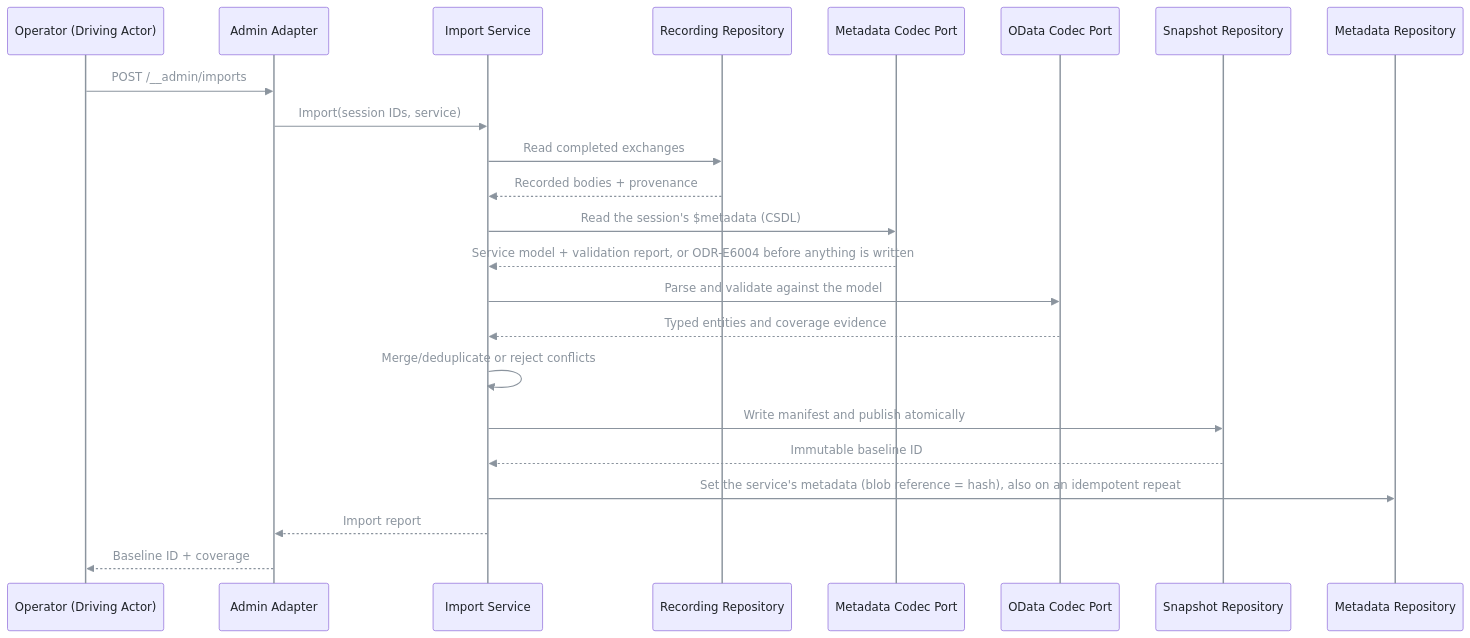
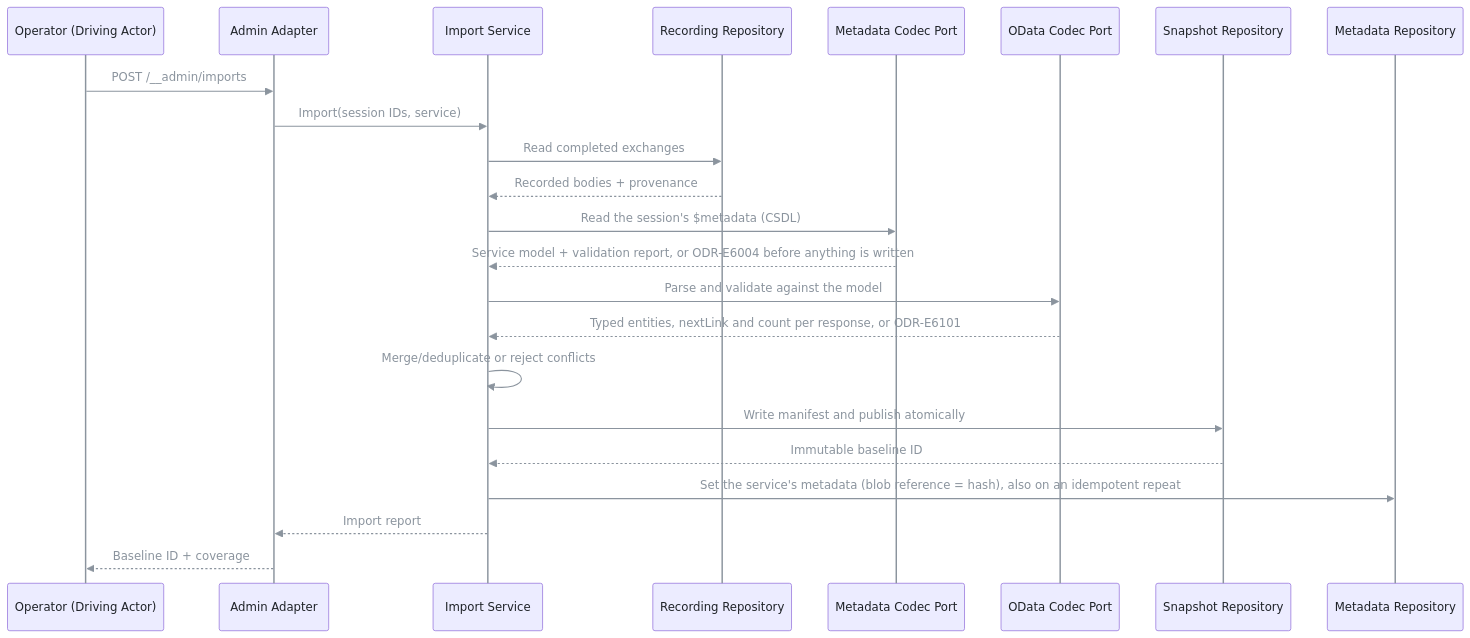
The third of 11 diagrams in spec/architecture.md (pt9912/odata-recorder), drawn with Mermaid before and after one commit. The commit also changed other lines of this file and 3 other files, not shown here.

````diff
--- a/spec/architecture.md
+++ b/spec/architecture.md
@@ -313,26 +313,26 @@
 ```mermaid
 %%{init: {'themeVariables': {'lineColor': '#8b949e', 'signalColor': '#8b949e', 'signalTextColor': '#8b949e', 'actorLineColor': '#8b949e', 'loopTextColor': '#8b949e', 'textColor': '#c9d1d9', 'primaryTextColor': '#1f2328', 'nodeTextColor': '#1f2328', 'actorTextColor': '#1f2328', 'noteTextColor': '#1f2328', 'edgeLabelBackground': '#30363d'}}}%%
 sequenceDiagram
     participant O as Operator (Driving Actor)
     participant A as Admin Adapter
     participant I as Import Service
     participant R as Recording Repository
     participant K as Metadata Codec Port
     participant C as OData Codec Port
     participant S as Snapshot Repository
     participant D as Metadata Repository
     O->>A: POST /__admin/imports
     A->>I: Import(session IDs, service)
     I->>R: Read completed exchanges
     R-->>I: Recorded bodies + provenance
     I->>K: Read the session's $metadata (CSDL)
     K-->>I: Service model + validation report, or ODR-E6004 before anything is written
     I->>C: Parse and validate against the model
-    C-->>I: Typed entities and coverage evidence
+    C-->>I: Typed entities, nextLink and count per response, or ODR-E6101
     I->>I: Merge/deduplicate or reject conflicts
     I->>S: Write manifest and publish atomically
     S-->>I: Immutable baseline ID
     I->>D: Set the service's metadata (blob reference = hash), also on an idempotent repeat
     I-->>A: Import report
     A-->>O: Baseline ID + coverage
 ```
````
